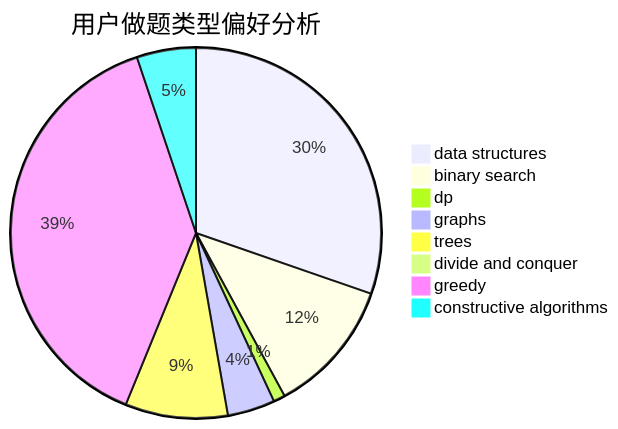
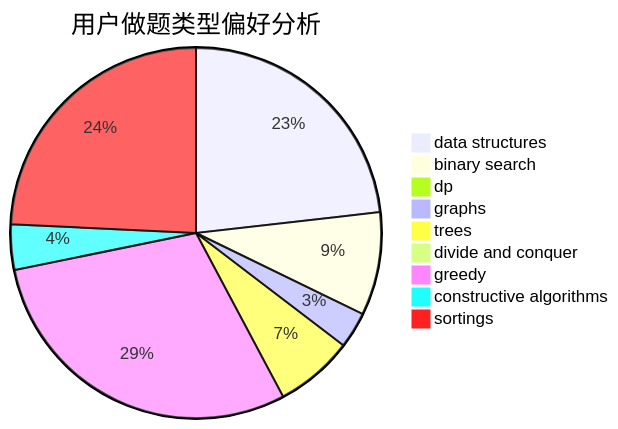
The second of 3 diagrams in docs/user/u1441.md (sherpahu/cfrs.github.io), drawn with Mermaid before and after one commit. The commit also changed other lines of this file and 2769 other files, not shown here.

````diff
--- a/docs/user/u1441.md
+++ b/docs/user/u1441.md
@@ -23,11 +18,12 @@
 ```mermaid
 pie title 用户做题类型偏好分析
     "data structures" :  505
     "binary search" :  196
     "dp" :  17
     "graphs" :  69
     "trees" :  149
     "divide and conquer" :  1
     "greedy" :  644
     "constructive algorithms" :  86
+    "sortings" :  528
 ```
````
